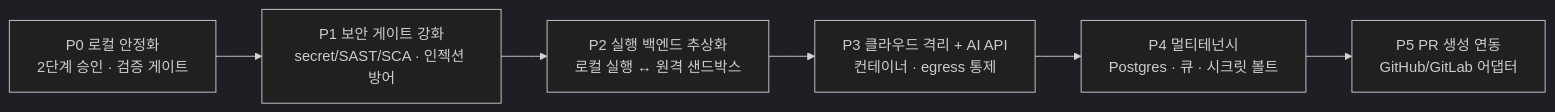
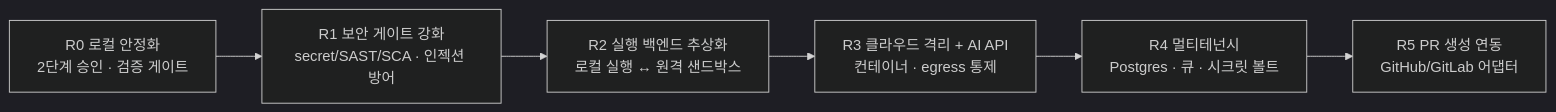
Before and after one commit to ttalkkag/ai-qa: the diagram in docs/plan/05-roadmap.md, drawn with Mermaid (dark theme). The commit also changed other lines of this file and 5 other files, not shown here.

````diff
--- a/docs/plan/05-roadmap.md
+++ b/docs/plan/05-roadmap.md
@@ -5,11 +7,11 @@
 ```mermaid
 flowchart LR
-    P0["P0 로컬 안정화<br/>2단계 승인 · 검증 게이트"]
-    P1["P1 보안 게이트 강화<br/>secret/SAST/SCA · 인젝션 방어"]
-    P2["P2 실행 백엔드 추상화<br/>로컬 실행 ↔ 원격 샌드박스"]
-    P3["P3 클라우드 격리 + AI API<br/>컨테이너 · egress 통제"]
-    P4["P4 멀티테넌시<br/>Postgres · 큐 · 시크릿 볼트"]
-    P5["P5 PR 생성 연동<br/>GitHub/GitLab 어댑터"]
+    R0["R0 로컬 안정화<br/>2단계 승인 · 검증 게이트"]
+    R1["R1 보안 게이트 강화<br/>secret/SAST/SCA · 인젝션 방어"]
+    R2["R2 실행 백엔드 추상화<br/>로컬 실행 ↔ 원격 샌드박스"]
+    R3["R3 클라우드 격리 + AI API<br/>컨테이너 · egress 통제"]
+    R4["R4 멀티테넌시<br/>Postgres · 큐 · 시크릿 볼트"]
+    R5["R5 PR 생성 연동<br/>GitHub/GitLab 어댑터"]
 
-    P0 --> P1 --> P2 --> P3 --> P4 --> P5
+    R0 --> R1 --> R2 --> R3 --> R4 --> R5
 ```
````
